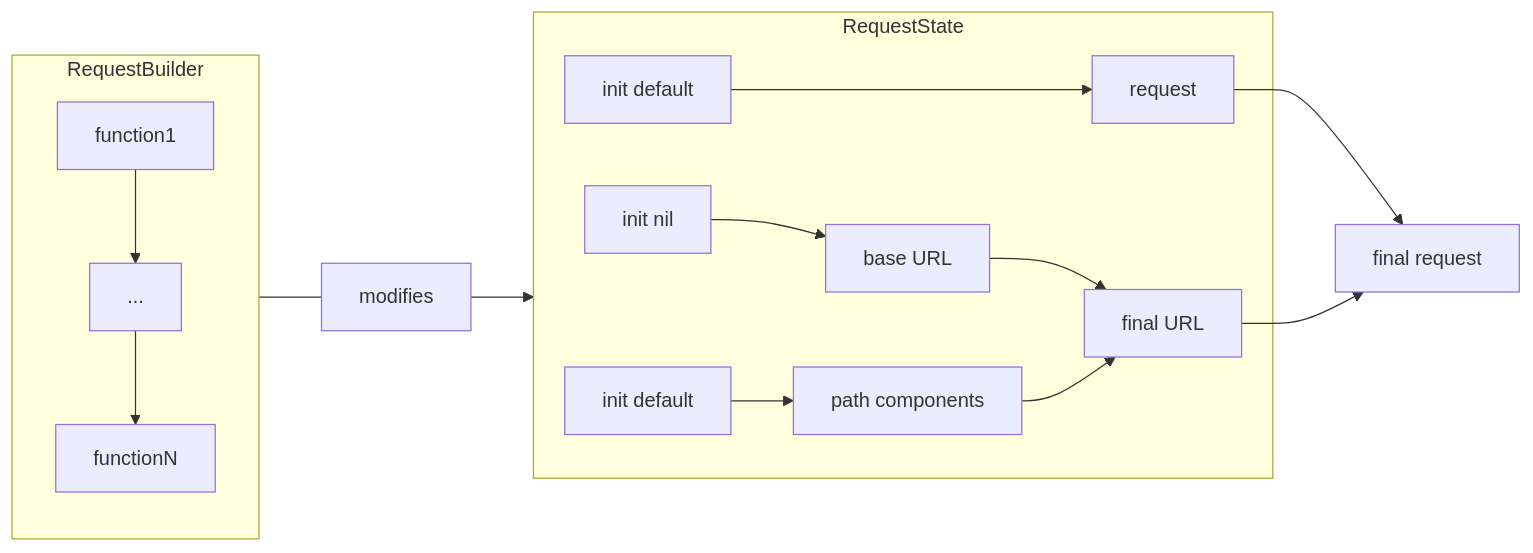
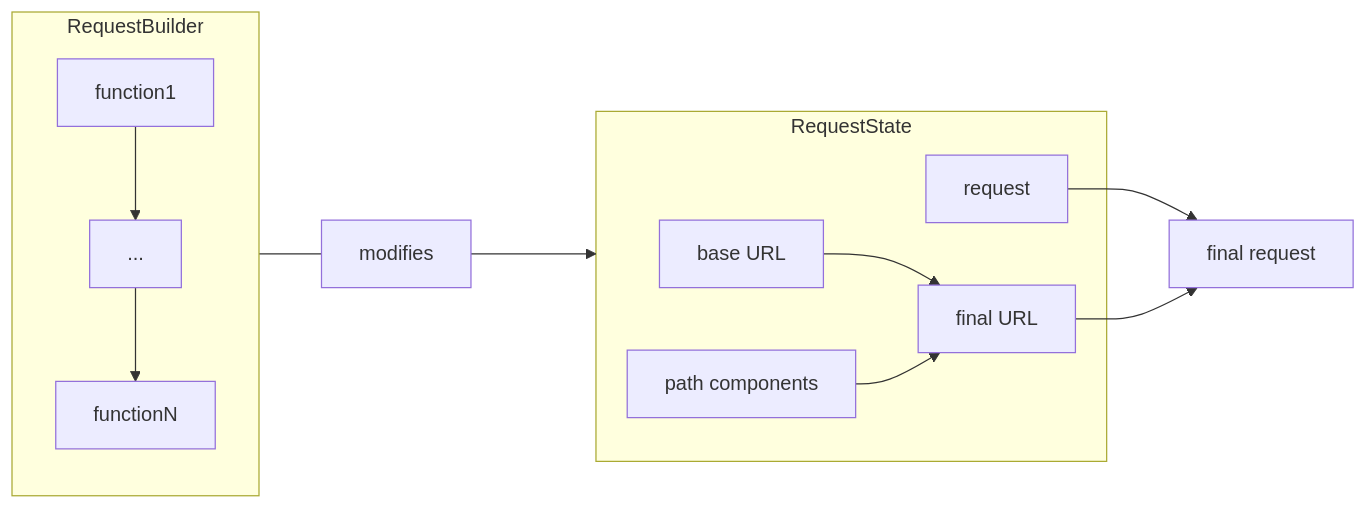
Before and after one commit to sisoje/declarative-requests-swift: the diagram in README.md, drawn with Mermaid.

````diff
--- a/README.md
+++ b/README.md
@@ -6,24 +6,21 @@
 ```mermaid
 flowchart LR
 
     RequestBuilder --- modifies ---> RequestState
 
     subgraph RequestState
         baseUrl["base URL"]
         request
         path["path components"]
-        BaseUrlInit["init nil"] --> baseUrl
-        RequestInit["init default"] ---> request
-        ComponentsInit["init default"] --> path
         baseUrl --> finalUrl["final URL"]
         path --> finalUrl
     end
  
     request --> FinalRequest["final request"]
     finalUrl --> FinalRequest
 
     subgraph RequestBuilder
         function1 --> dots["..."]
         dots --> functionN
     end
 ```
````
